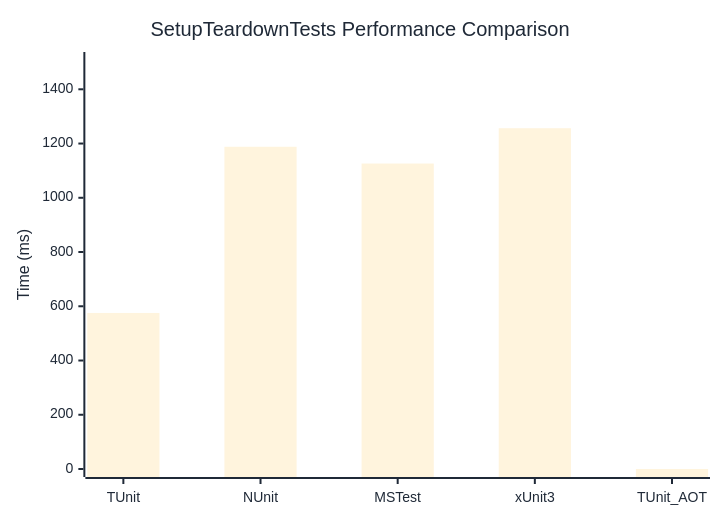
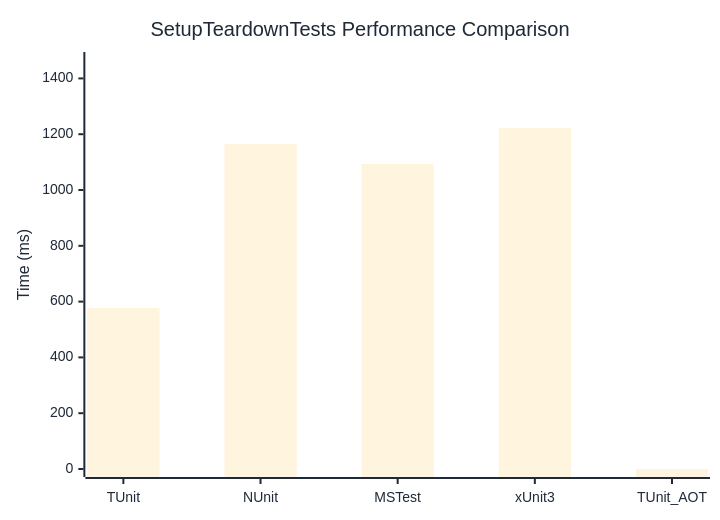
The diagram in docs/docs/benchmarks/SetupTeardownTests.md (thomhurst/TUnit), drawn with Mermaid before and after one commit. The commit also changed other lines of this file and 17 other files, not shown here.

````diff
--- a/docs/docs/benchmarks/SetupTeardownTests.md
+++ b/docs/docs/benchmarks/SetupTeardownTests.md
@@ -27,37 +27,37 @@
 ```mermaid
 %%{init: {
   'theme':'base',
   'themeVariables': {
     'primaryColor': '#2563eb',
     'primaryTextColor': '#1f2937',
     'primaryBorderColor': '#1e40af',
     'lineColor': '#6b7280',
     'secondaryColor': '#7c3aed',
     'tertiaryColor': '#dc2626',
     'background': '#ffffff',
     'mainBkg': '#2563eb',
     'secondBkg': '#7c3aed',
     'tertiaryBkg': '#dc2626',
     'clusterBkg': '#f3f4f6',
     'edgeLabelBackground': '#ffffff',
     'tertiaryTextColor': '#1f2937',
     'pie1': '#2563eb',
     'pie2': '#7c3aed',
     'pie3': '#dc2626',
     'pie4': '#f59e0b',
     'pie5': '#10b981',
     'pie6': '#06b6d4',
     'pie7': '#ec4899',
     'pie8': '#6366f1',
     'pie9': '#84cc16',
     'pie10': '#f97316',
     'pie11': '#14b8a6',
     'pie12': '#a855f7'
   }
 }}%%
 xychart-beta
   title "SetupTeardownTests Performance Comparison"
   x-axis ["TUnit", "NUnit", "MSTest", "xUnit3", "TUnit_AOT"]
-  y-axis "Time (ms)" 0 --> 1508
-  bar [575.3, 1188.1, 1126.3, 1256.5, 0]
+  y-axis "Time (ms)" 0 --> 1466
+  bar [577.7, 1165.1, 1093.4, 1221.6, 0]
 ```
````
